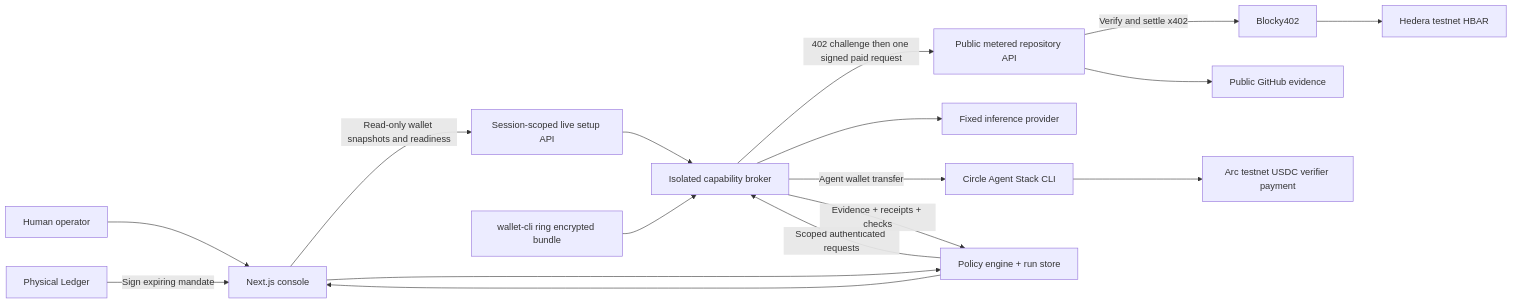
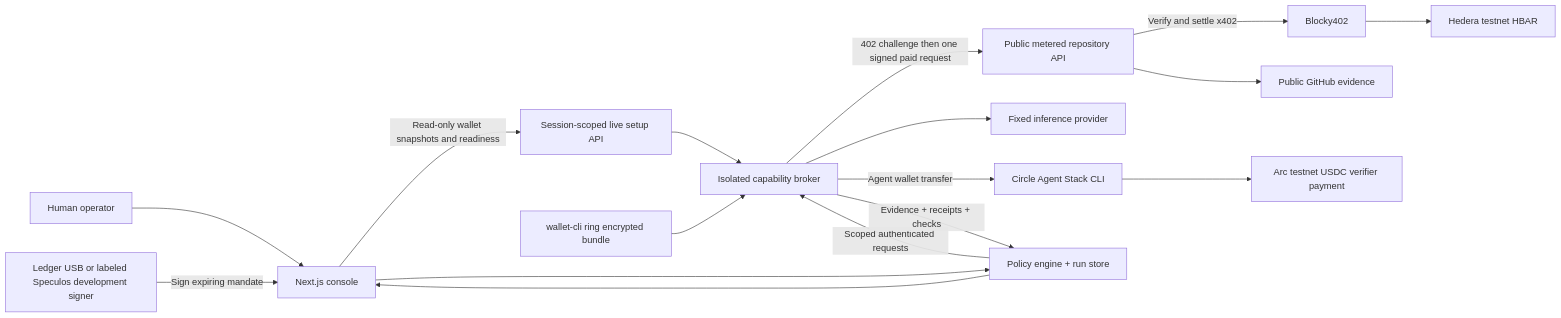
One commit to saiisback/obolos changed the diagram in README.md. Above: the diagram before and after it, drawn with Mermaid. The commit also changed other lines of this file and 66 other files, not shown here.

Commit message:
feat: add disclosed Ledger Speculos development integration

````diff
--- a/README.md
+++ b/README.md
@@ -47,19 +47,19 @@
 ```mermaid
 flowchart LR
   Human[Human operator] --> UI[Next.js console]
-  Ledger[Physical Ledger] -->|Sign expiring mandate| UI
+  Ledger[Ledger USB or labeled Speculos development signer] -->|Sign expiring mandate| UI
   UI -->|Read-only wallet snapshots and readiness| Readiness[Session-scoped live setup API]
   Readiness --> Broker
   UI --> Policy[Policy engine + run store]
   Policy -->|Scoped authenticated requests| Broker[Isolated capability broker]
   Ring[wallet-cli ring encrypted bundle] --> Broker
   Broker -->|402 challenge then one signed paid request| Data[Public metered repository API]
   Data -->|Verify and settle x402| Blocky[Blocky402]
   Blocky --> Hedera[Hedera testnet HBAR]
   Data --> GitHub[Public GitHub evidence]
   Broker --> Model[Fixed inference provider]
   Broker -->|Agent wallet transfer| Circle[Circle Agent Stack CLI]
   Circle --> Arc[Arc testnet USDC verifier payment]
   Broker -->|Evidence + receipts + checks| Policy
   Policy --> UI
 ```
````
